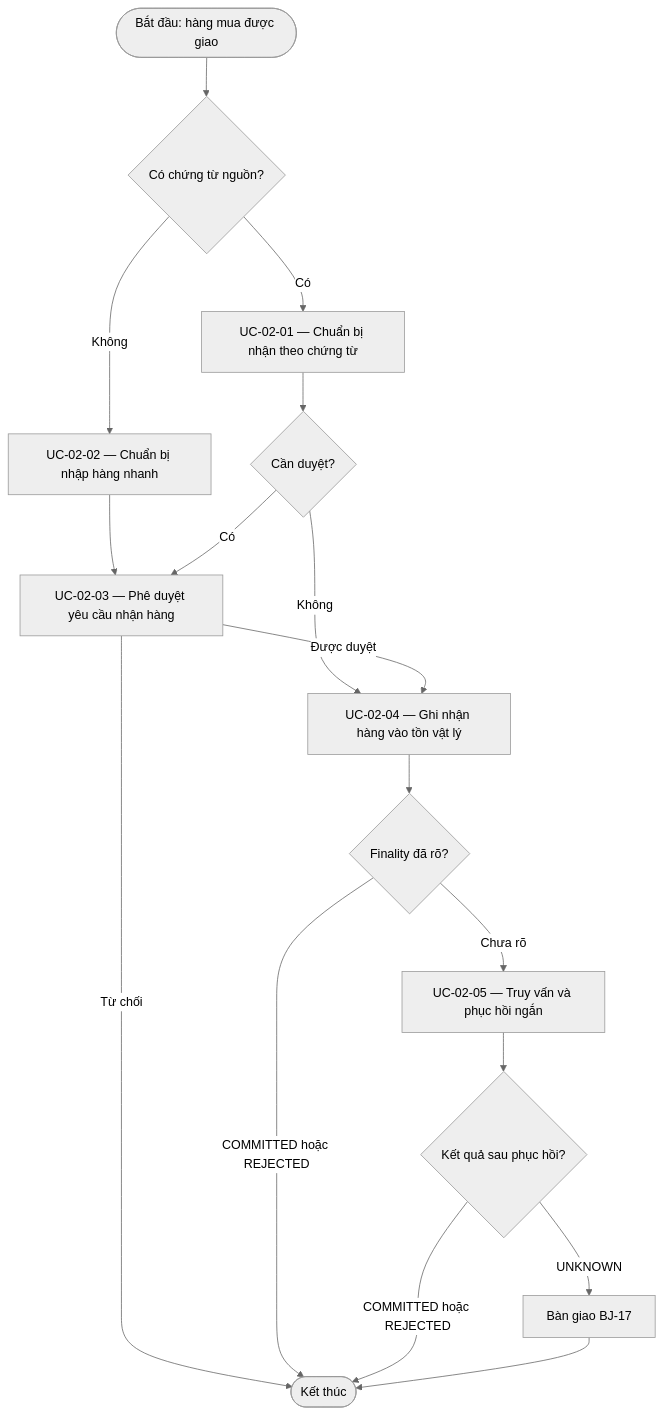
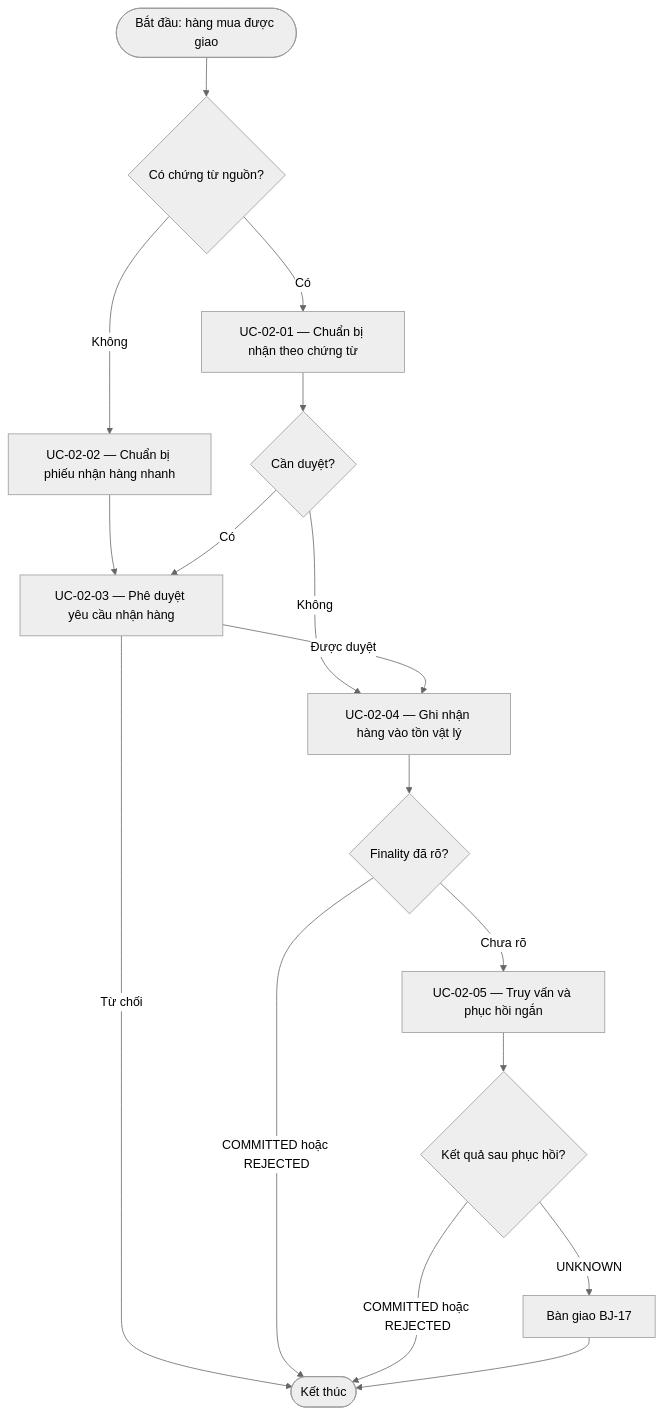
The diagram in specs/themes/theme-07/02.specification/behavior/journeys/BJ-02-nhan-hang-mua.md (DsChien102/erp-sales-inventory), drawn with Mermaid (neutral theme) before and after one commit. The commit also changed other lines of this file and 124 other files, not shown here.

````diff
--- a/specs/themes/theme-07/02.specification/behavior/journeys/BJ-02-nhan-hang-mua.md
+++ b/specs/themes/theme-07/02.specification/behavior/journeys/BJ-02-nhan-hang-mua.md
@@ -38,19 +38,19 @@
 ```mermaid
 flowchart TD
     Begin([Bắt đầu: hàng mua được giao]) --> D{"Có chứng từ nguồn?"}
     D -->|Có| U1["UC-02-01 — Chuẩn bị nhận theo chứng từ"]
-    D -->|Không| U2["UC-02-02 — Chuẩn bị nhập hàng nhanh"]
+    D -->|Không| U2["UC-02-02 — Chuẩn bị phiếu nhận hàng nhanh"]
     U1 --> A{"Cần duyệt?"}
     U2 --> U3["UC-02-03 — Phê duyệt yêu cầu nhận hàng"]
     A -->|Có| U3
     A -->|Không| U4["UC-02-04 — Ghi nhận hàng vào tồn vật lý"]
     U3 -->|Được duyệt| U4
     U3 -->|Từ chối| End([Kết thúc])
     U4 --> R{"Finality đã rõ?"}
     R -->|COMMITTED hoặc REJECTED| End
     R -->|Chưa rõ| U5["UC-02-05 — Truy vấn và phục hồi ngắn"]
     U5 --> F{"Kết quả sau phục hồi?"}
     F -->|COMMITTED hoặc REJECTED| End
     F -->|UNKNOWN| H17["Bàn giao BJ-17"]
     H17 --> End
 ```
````
